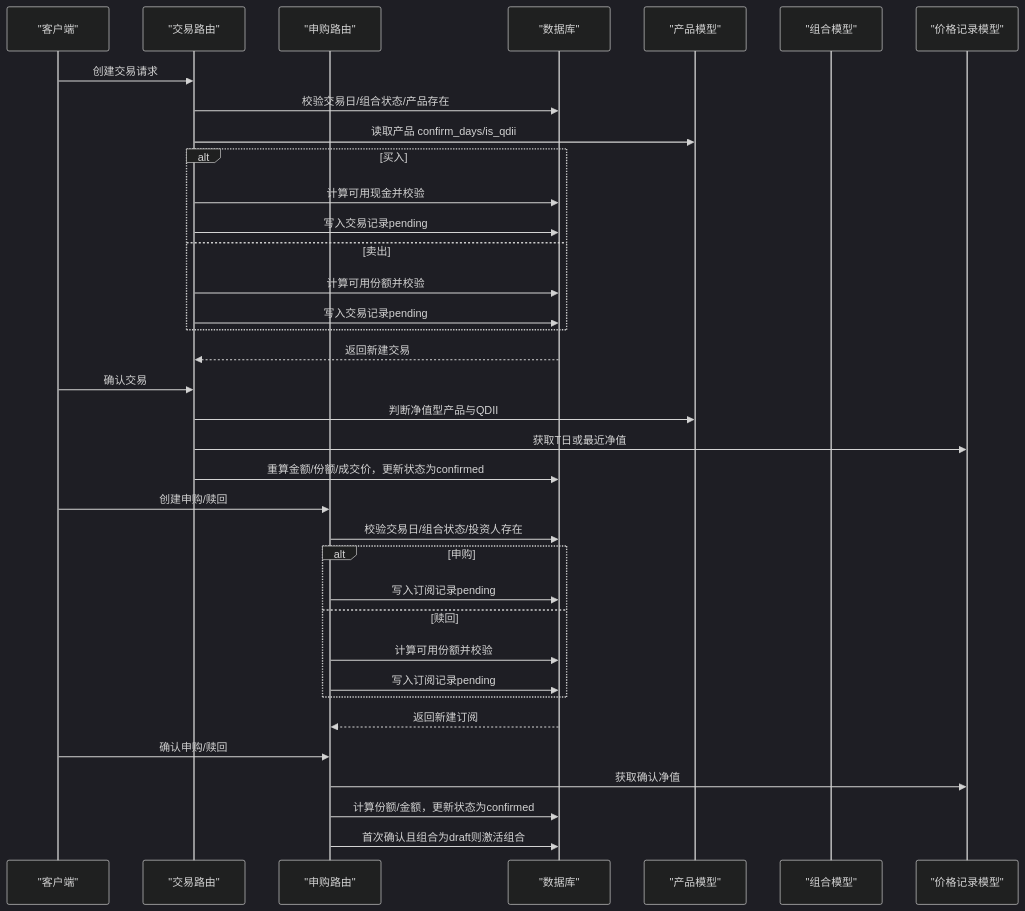
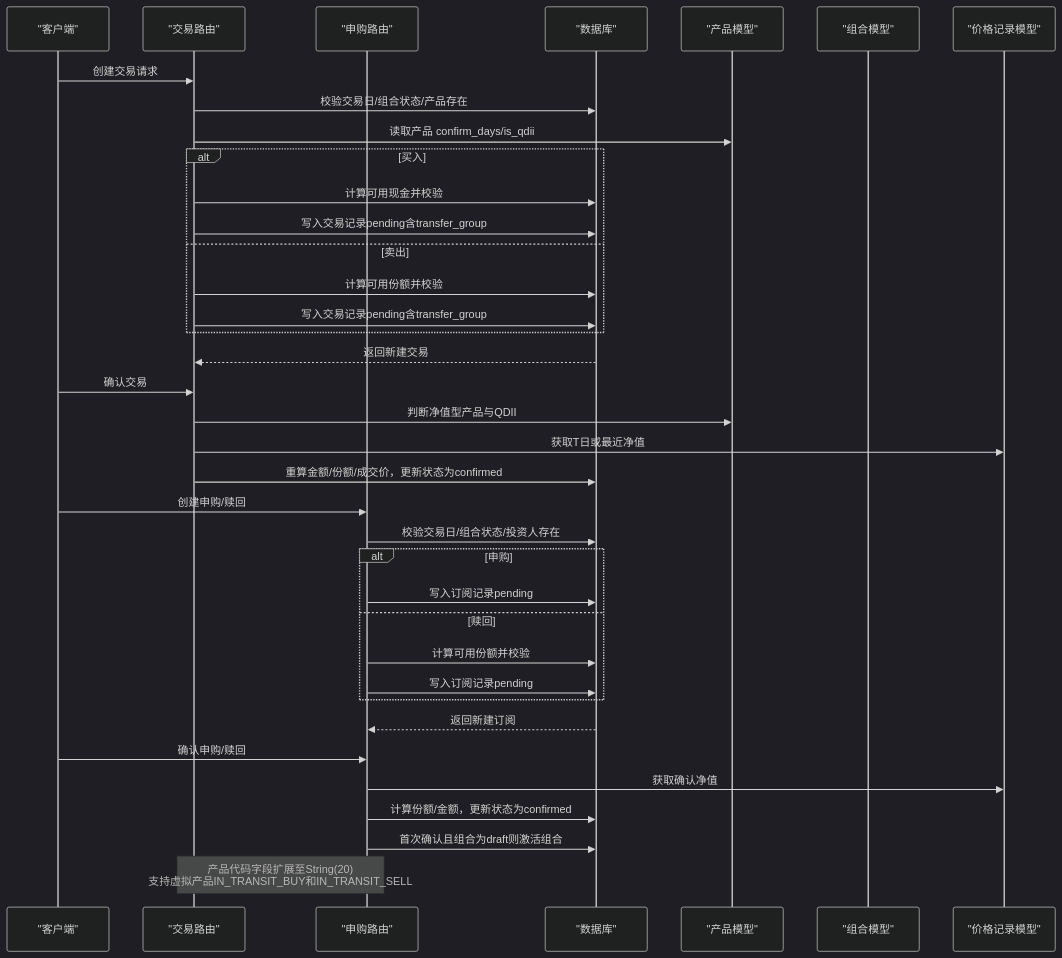
Before and after one commit to gujialind/InvestRing: the second of 6 diagrams in .qoder/repowiki/zh/content/数据库设计/核心业务表结构/交易与订单管理表.md, drawn with Mermaid (dark theme). The commit also changed other lines of this file and 64 other files, not shown here.

````diff
--- a/.qoder/repowiki/zh/content/数据库设计/核心业务表结构/交易与订单管理表.md
+++ b/.qoder/repowiki/zh/content/数据库设计/核心业务表结构/交易与订单管理表.md
@@ -162,38 +182,39 @@
 ```mermaid
 sequenceDiagram
 participant Client as "客户端"
 participant TradeRouter as "交易路由"
 participant SubRouter as "申购路由"
 participant DB as "数据库"
 participant Product as "产品模型"
 participant Portfolio as "组合模型"
 participant Price as "价格记录模型"
 Client->>TradeRouter : 创建交易请求
 TradeRouter->>DB : 校验交易日/组合状态/产品存在
 TradeRouter->>Product : 读取产品 confirm_days/is_qdii
 alt 买入
 TradeRouter->>DB : 计算可用现金并校验
-TradeRouter->>DB : 写入交易记录pending
+TradeRouter->>DB : 写入交易记录pending含transfer_group
 else 卖出
 TradeRouter->>DB : 计算可用份额并校验
-TradeRouter->>DB : 写入交易记录pending
+TradeRouter->>DB : 写入交易记录pending含transfer_group
 end
 DB-->>TradeRouter : 返回新建交易
 Client->>TradeRouter : 确认交易
 TradeRouter->>Product : 判断净值型产品与QDII
 TradeRouter->>Price : 获取T日或最近净值
 TradeRouter->>DB : 重算金额/份额/成交价，更新状态为confirmed
 Client->>SubRouter : 创建申购/赎回
 SubRouter->>DB : 校验交易日/组合状态/投资人存在
 alt 申购
 SubRouter->>DB : 写入订阅记录pending
 else 赎回
 SubRouter->>DB : 计算可用份额并校验
 SubRouter->>DB : 写入订阅记录pending
 end
 DB-->>SubRouter : 返回新建订阅
 Client->>SubRouter : 确认申购/赎回
 SubRouter->>Price : 获取确认净值
 SubRouter->>DB : 计算份额/金额，更新状态为confirmed
 SubRouter->>DB : 首次确认且组合为draft则激活组合
+Note over TradeRouter,SubRouter : 产品代码字段扩展至String(20)<br/>支持虚拟产品IN_TRANSIT_BUY和IN_TRANSIT_SELL
 ```
````
